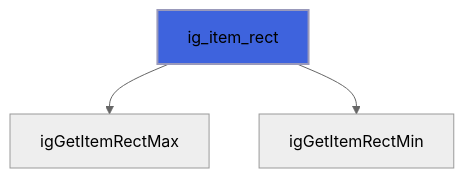
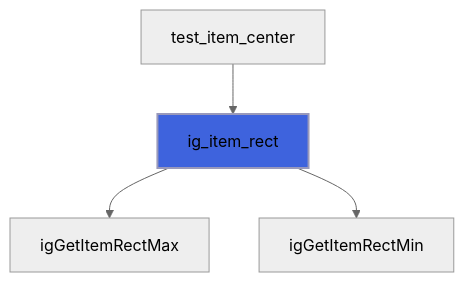
Before and after one commit to szaghi/figure: the eighth of 16 diagrams in docs/api/src/lib/figure_imgui.md, drawn with Mermaid (neutral theme). The commit also changed 18 other files, not shown here.

````diff
--- a/docs/api/src/lib/figure_imgui.md
+++ b/docs/api/src/lib/figure_imgui.md
@@ -197,6 +197,7 @@
 ```mermaid
 flowchart TD
+  test_item_center["test_item_center"] --> ig_item_rect["ig_item_rect"]
   ig_item_rect["ig_item_rect"] --> igGetItemRectMax["igGetItemRectMax"]
   ig_item_rect["ig_item_rect"] --> igGetItemRectMin["igGetItemRectMin"]
   style ig_item_rect fill:#3e63dd,stroke:#99b,stroke-width:2px
 ```
````
